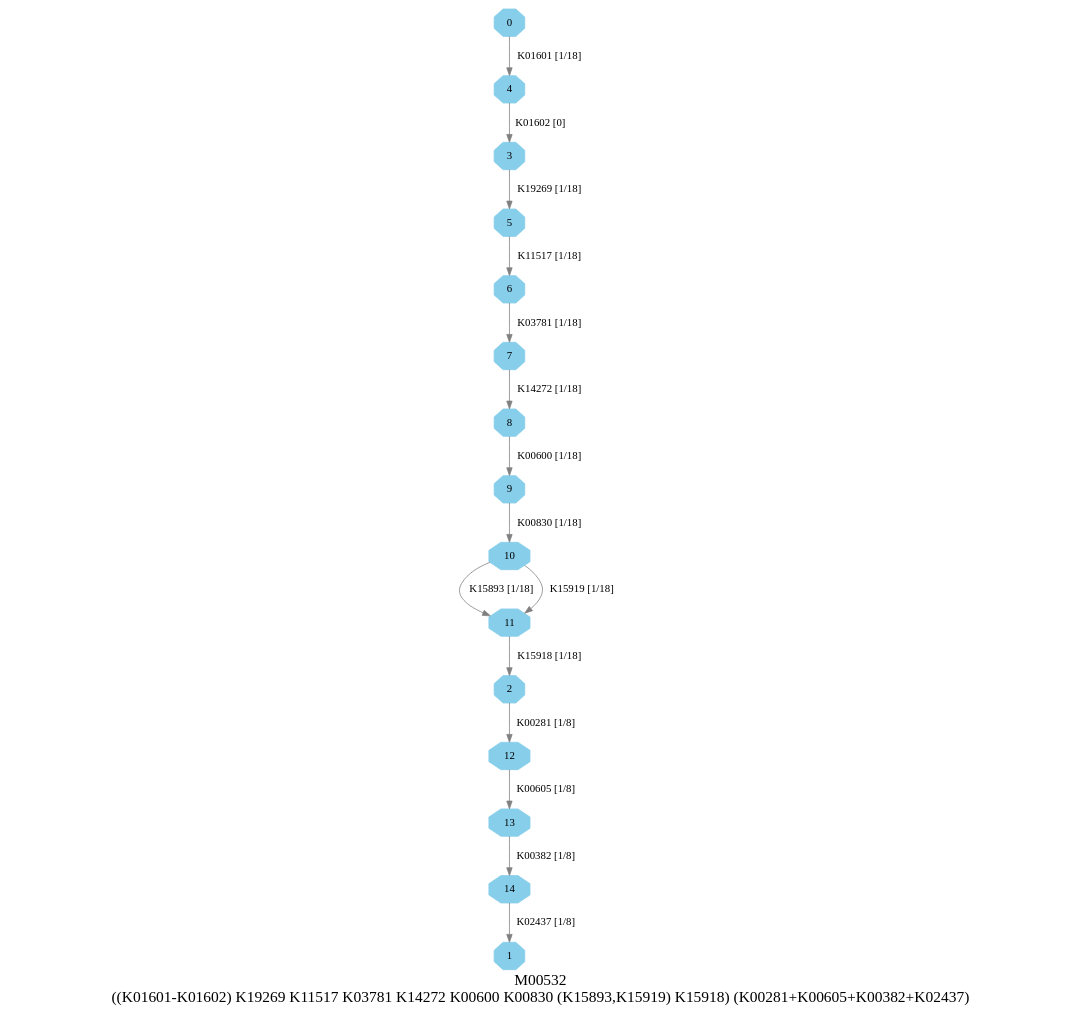
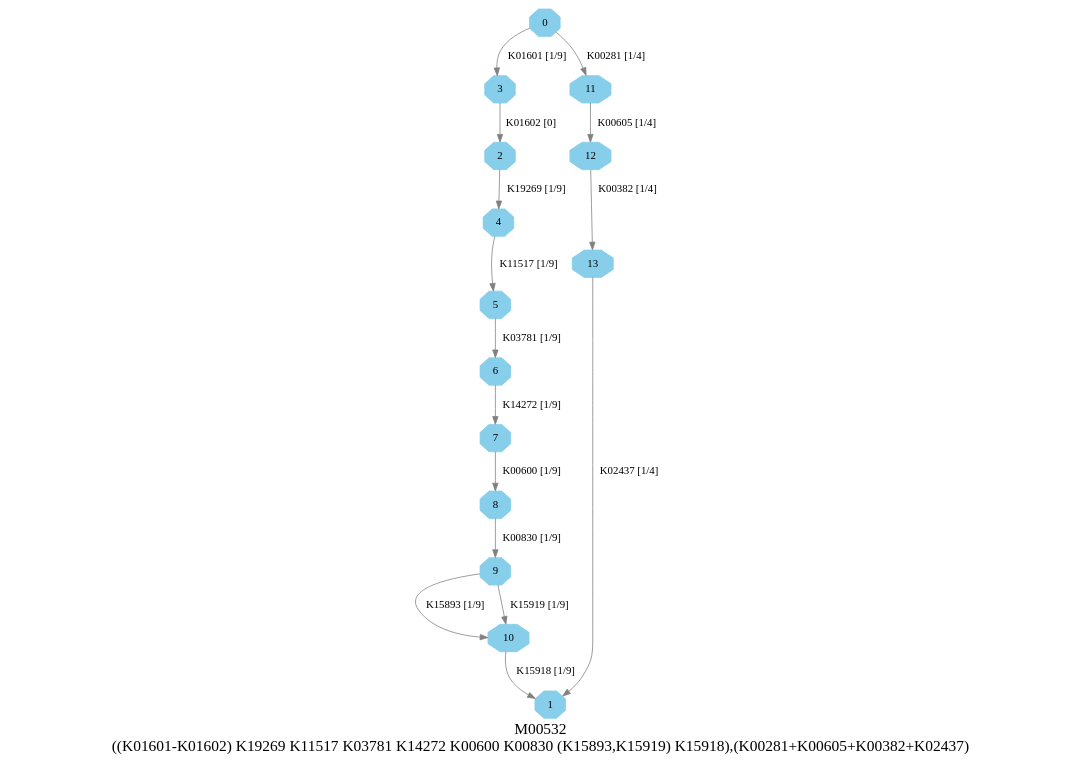
The diagram in graphs/dots/M00532.dot (EBI-Metagenomics/kegg-pathways-completeness-tool), drawn with Graphviz before and after one commit. The commit also changed 45 other files, not shown here.

```diff
--- a/graphs/dots/M00532.dot
+++ b/graphs/dots/M00532.dot
@@ -1,22 +1,22 @@
 digraph G {
 graph [label="M00532
-((K01601-K01602) K19269 K11517 K03781 K14272 K00600 K00830 (K15893,K15919) K15918) (K00281+K00605+K00382+K02437)",fontsize=20];
+((K01601-K01602) K19269 K11517 K03781 K14272 K00600 K00830 (K15893,K15919) K15918),(K00281+K00605+K00382+K02437)",fontsize=20];
 node [shape=box,style=filled];
 edge [len=3,color=grey];
-{node [width=.3,height=.3,shape=octagon,style=filled,color=skyblue] 0 1 2 3 4 5 6 7 8 9 10 11 12 13 14 }
-0 -> 4 [label="K01601 [1/18]"];
-2 -> 12 [label="K00281 [1/8]"];
-3 -> 5 [label="K19269 [1/18]"];
-4 -> 3 [label="K01602 [0]"];
-5 -> 6 [label="K11517 [1/18]"];
-6 -> 7 [label="K03781 [1/18]"];
-7 -> 8 [label="K14272 [1/18]"];
-8 -> 9 [label="K00600 [1/18]"];
-9 -> 10 [label="K00830 [1/18]"];
-10 -> 11 [label="K15893 [1/18]"];
-10 -> 11 [label="K15919 [1/18]"];
-11 -> 2 [label="K15918 [1/18]"];
-12 -> 13 [label="K00605 [1/8]"];
-13 -> 14 [label="K00382 [1/8]"];
-14 -> 1 [label="K02437 [1/8]"];
+{node [width=.3,height=.3,shape=octagon,style=filled,color=skyblue] 0 1 2 3 4 5 6 7 8 9 10 11 12 13 }
+0 -> 3 [label="K01601 [1/9]"];
+0 -> 11 [label="K00281 [1/4]"];
+2 -> 4 [label="K19269 [1/9]"];
+3 -> 2 [label="K01602 [0]"];
+4 -> 5 [label="K11517 [1/9]"];
+5 -> 6 [label="K03781 [1/9]"];
+6 -> 7 [label="K14272 [1/9]"];
+7 -> 8 [label="K00600 [1/9]"];
+8 -> 9 [label="K00830 [1/9]"];
+9 -> 10 [label="K15893 [1/9]"];
+9 -> 10 [label="K15919 [1/9]"];
+10 -> 1 [label="K15918 [1/9]"];
+11 -> 12 [label="K00605 [1/4]"];
+12 -> 13 [label="K00382 [1/4]"];
+13 -> 1 [label="K02437 [1/4]"];
 }
```
